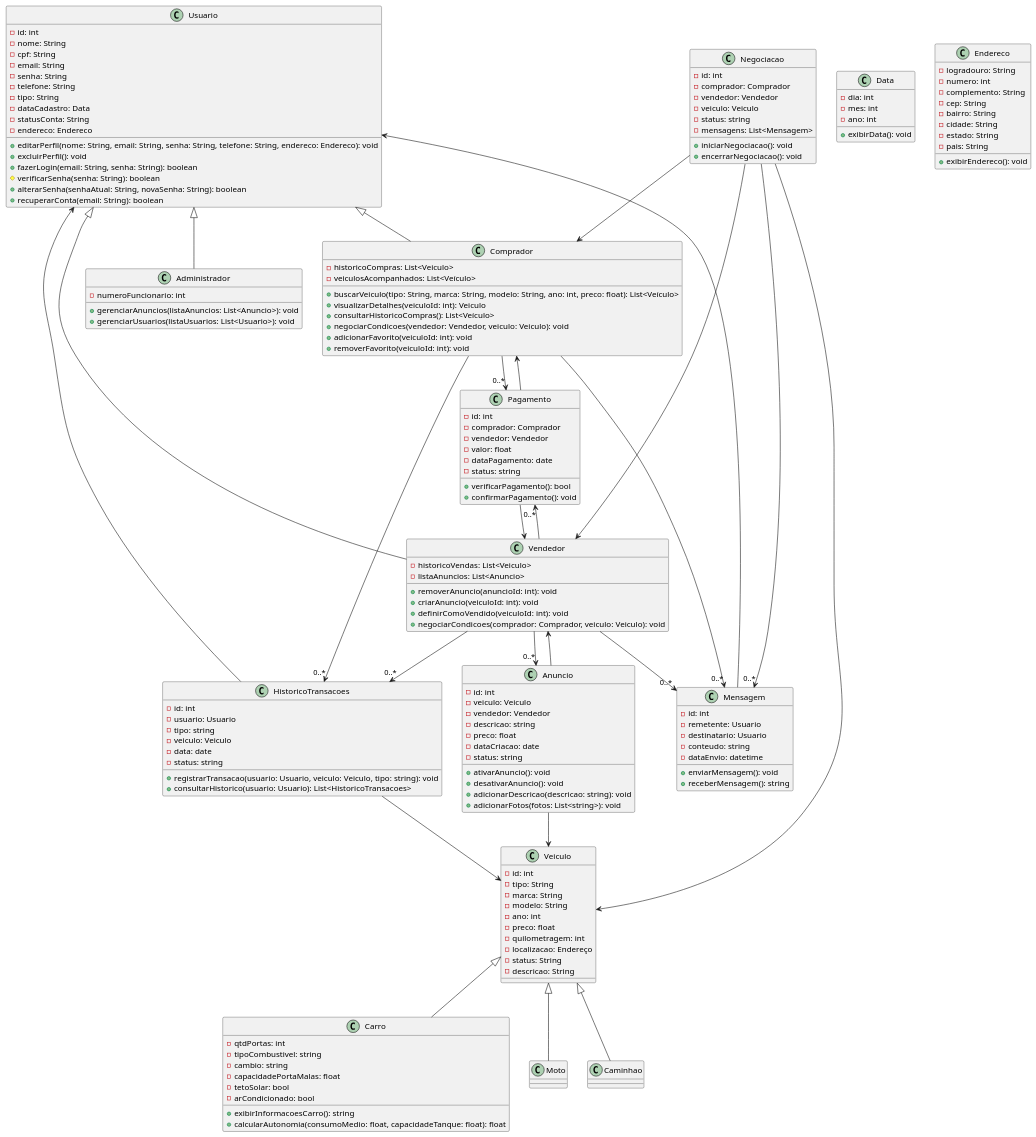
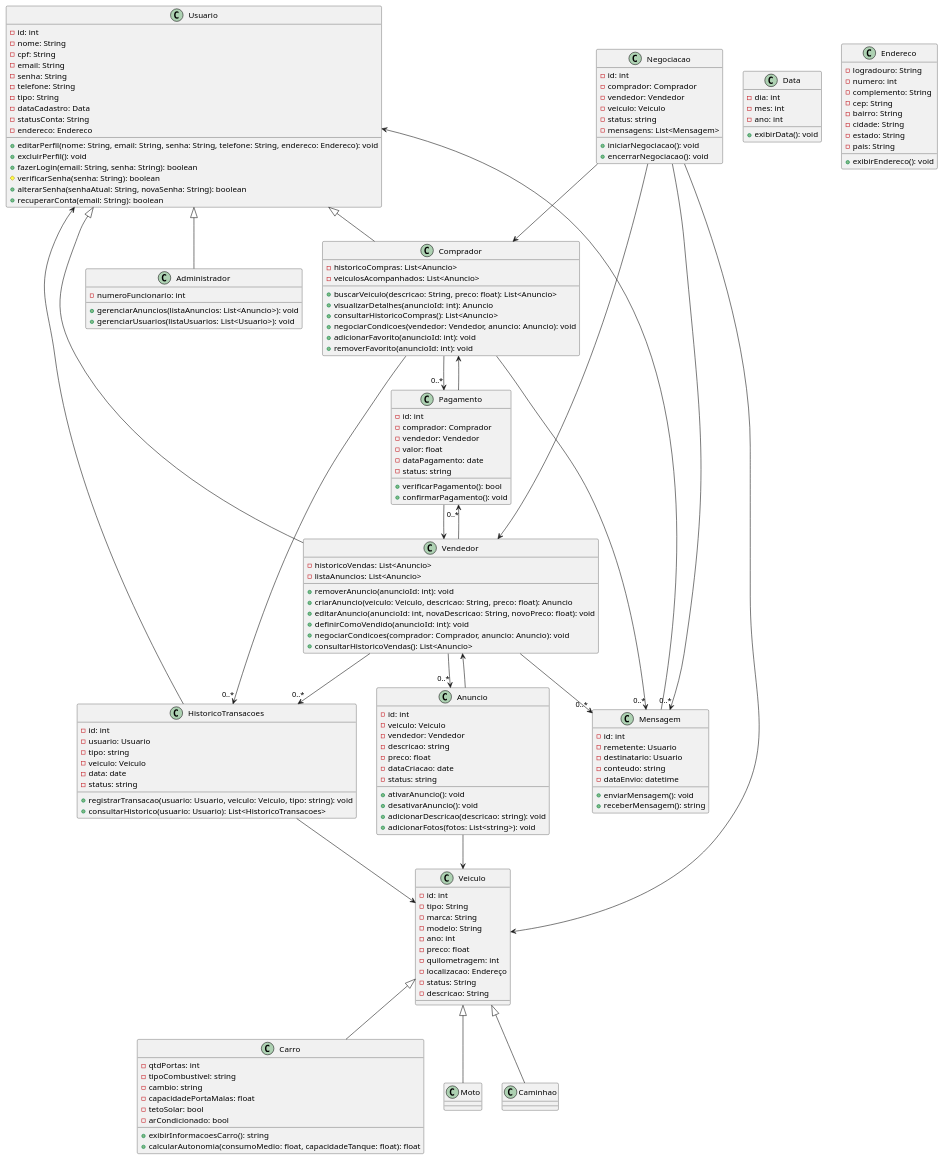
The diagram in classes.md (guilhermeoliveirateo/sistema-compra-venda-veiculos), drawn with PlantUML before and after one commit.

````diff
--- a/classes.md
+++ b/classes.md
@@ -9,7 +9,7 @@
 ``` plantuml
 @startuml 
 
-class Usuario {
+class Usuario{
 -id: int
 -nome: String
 -cpf: String
@@ -29,27 +29,28 @@
 +recuperarConta(email: String): boolean
 }
 
-class Comprador {
--historicoCompras: List<Veiculo>
--veiculosAcompanhados: List<Veículo>
+class Comprador{
+-historicoCompras: List<Anuncio>
+-veiculosAcompanhados: List<Anuncio>
 
-+buscarVeiculo(tipo: String, marca: String, modelo: String, ano: int, preco: float): List<Veículo>
-+visualizarDetalhes(veiculoId: int): Veiculo
-+consultarHistoricoCompras(): List<Veículo>
-+negociarCondicoes(vendedor: Vendedor, veiculo: Veiculo): void
-+adicionarFavorito(veiculoId: int): void
-+removerFavorito(veiculoId: int): void
++buscarVeiculo(descricao: String, preco: float): List<Anuncio>
++visualizarDetalhes(anuncioId: int): Anuncio
++consultarHistoricoCompras(): List<Anuncio>
++negociarCondicoes(vendedor: Vendedor, anuncio: Anuncio): void
++adicionarFavorito(anuncioId: int): void
++removerFavorito(anuncioId: int): void
 }
 
-class Vendedor {
--historicoVendas: List<Veiculo>
+class Vendedor{
+-historicoVendas: List<Anuncio>
 -listaAnuncios: List<Anuncio>
 
 +removerAnuncio(anuncioId: int): void
-+criarAnuncio(veiculoId: int): void
-+definirComoVendido(veiculoId: int): void
-+negociarCondicoes(comprador: Comprador, veiculo: Veiculo): void
-
++criarAnuncio(veiculo: Veiculo, descricao: String, preco: float): Anuncio
++editarAnuncio(anuncioId: int, novaDescricao: String, novoPreco: float): void
++definirComoVendido(anuncioId: int): void
++negociarCondicoes(comprador: Comprador, anuncio: Anuncio): void
++consultarHistoricoVendas(): List<Anuncio>
 }
 
 class Administrador {
````
